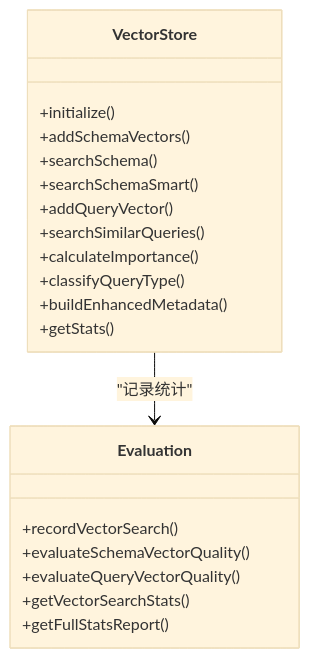
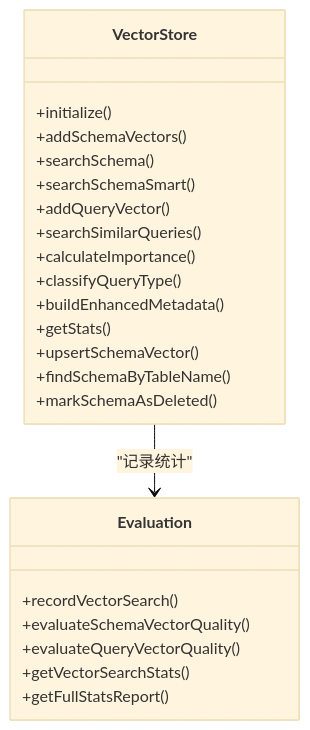
One commit to HanHuiOnLine/724-office changed the sixth of 12 diagrams in .qoder/repowiki/zh/content/Performance Optimization.md. Above: the diagram before and after it, drawn with Mermaid (base theme). The commit also changed other lines of this file and 7 other files, not shown here.

````diff
--- a/.qoder/repowiki/zh/content/Performance Optimization.md
+++ b/.qoder/repowiki/zh/content/Performance Optimization.md
@@ -203,23 +295,26 @@
 ```mermaid
 classDiagram
 class VectorStore {
 +initialize()
 +addSchemaVectors()
 +searchSchema()
 +searchSchemaSmart()
 +addQueryVector()
 +searchSimilarQueries()
 +calculateImportance()
 +classifyQueryType()
 +buildEnhancedMetadata()
 +getStats()
++upsertSchemaVector()
++findSchemaByTableName()
++markSchemaAsDeleted()
 }
 class Evaluation {
 +recordVectorSearch()
 +evaluateSchemaVectorQuality()
 +evaluateQueryVectorQuality()
 +getVectorSearchStats()
 +getFullStatsReport()
 }
 VectorStore --> Evaluation : "记录统计"
 ```
````
